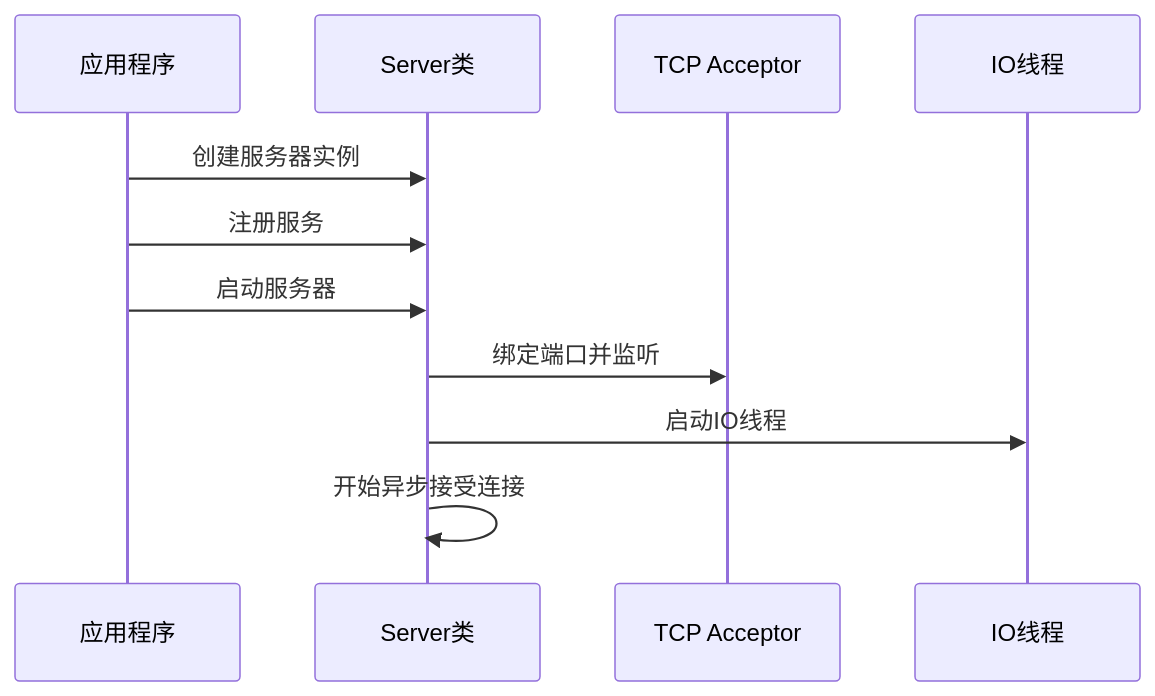
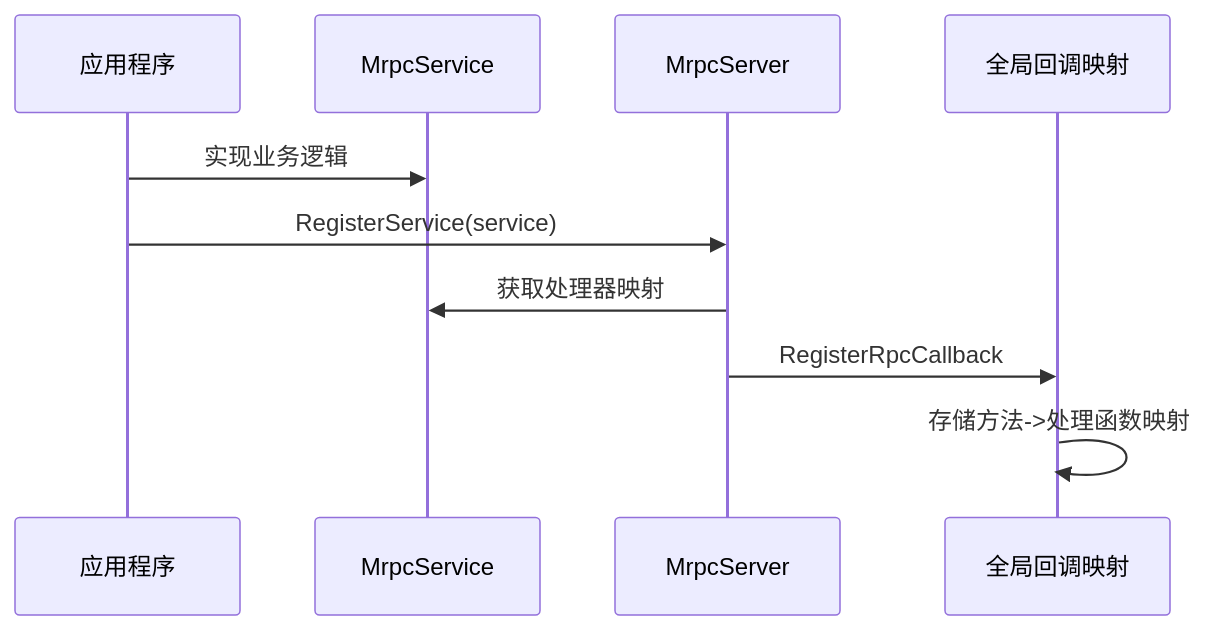
Before and after one commit to zhongzhaohao/mrpc: the second of 3 diagrams in doc/server.md, drawn with Mermaid. The commit also changed other lines of this file, not shown here.

````diff
--- a/doc/server.md
+++ b/doc/server.md
@@ -90,14 +187,13 @@
 ```mermaid
 sequenceDiagram
     participant App as 应用程序
-    participant Server as Server类
-    participant Acceptor as TCP Acceptor
-    participant Thread as IO线程
+    participant Service as MrpcService
+    participant Server as MrpcServer
+    participant Registry as 全局回调映射
 
-    App->>Server: 创建服务器实例
-    App->>Server: 注册服务
-    App->>Server: 启动服务器
-    Server->>Acceptor: 绑定端口并监听
-    Server->>Thread: 启动IO线程
-    Server->>Server: 开始异步接受连接
+    App->>Service: 实现业务逻辑
+    App->>Server: RegisterService(service)
+    Server->>Service: 获取处理器映射
+    Server->>Registry: RegisterRpcCallback
+    Registry->>Registry: 存储方法->处理函数映射
 ```
````
